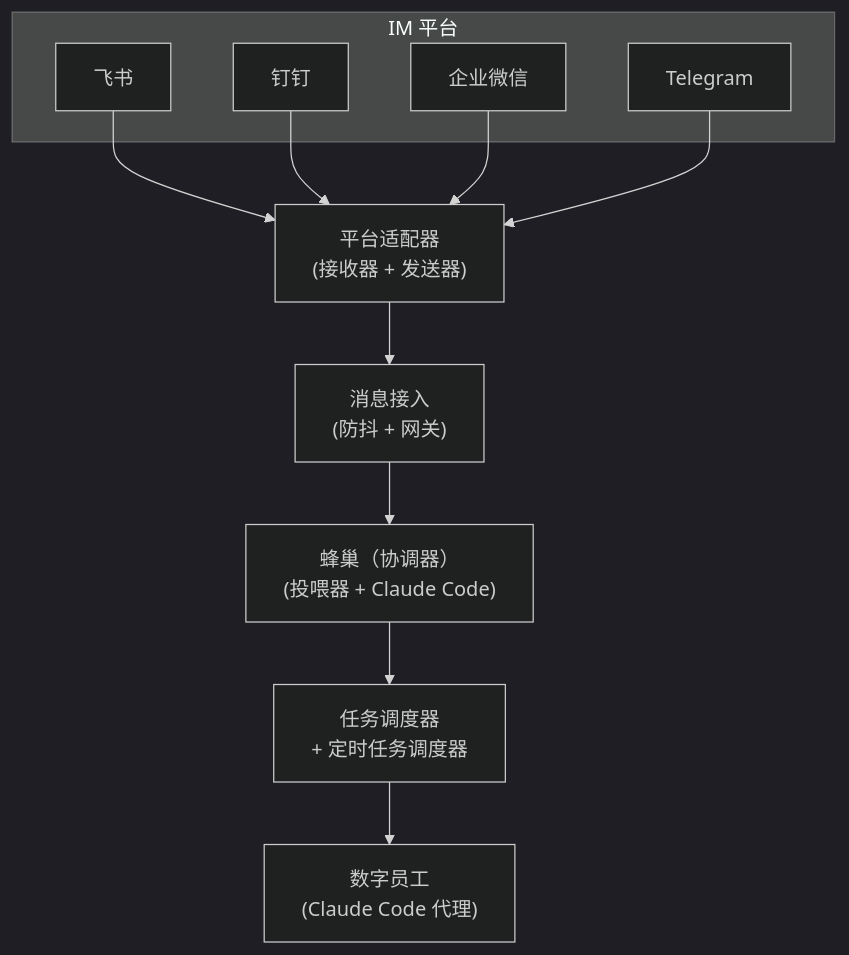
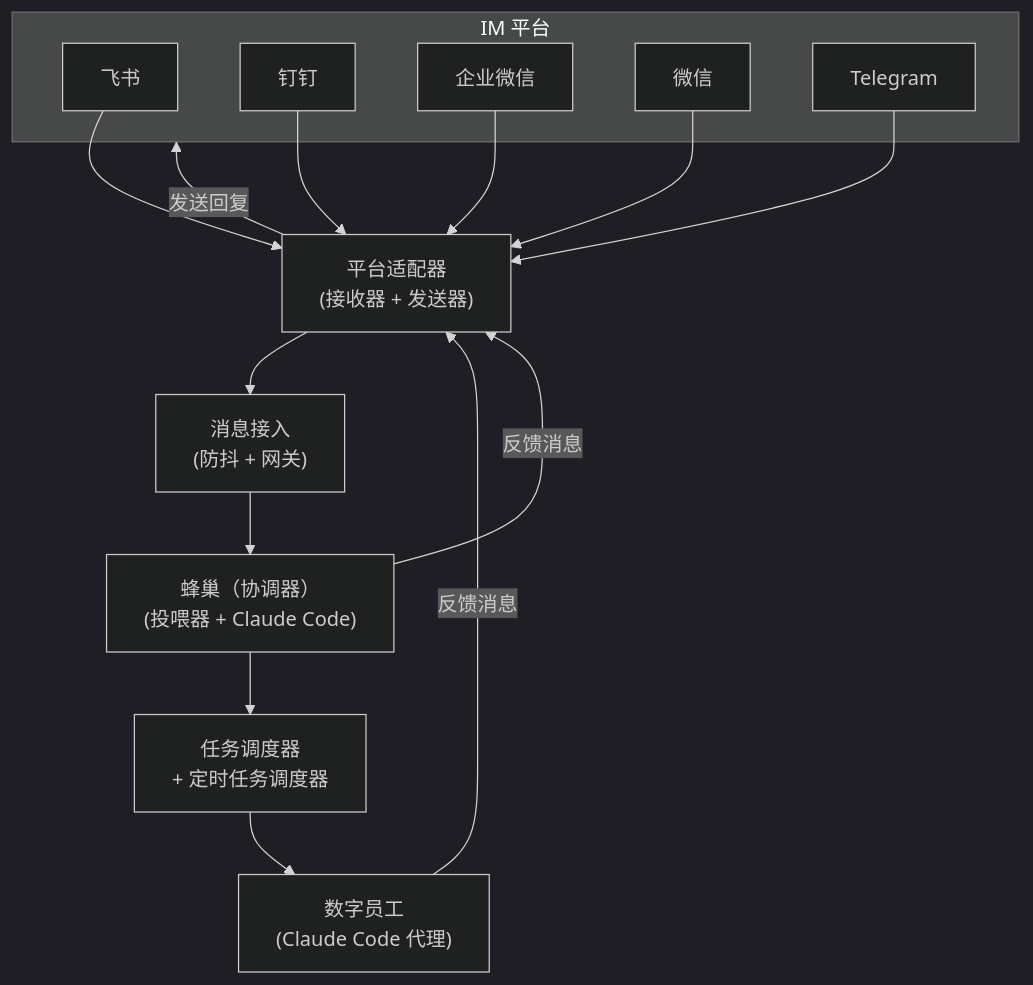
The diagram in content/docs/developer/architecture.cn.mdx (theopenbee/docs), drawn with Mermaid (dark theme) before and after one commit. The commit also changed 1 other file, not shown here.

Commit message:
docs: add WeChat platform and feedback message flows to architecture

````diff
--- a/content/docs/developer/architecture.cn.mdx
+++ b/content/docs/developer/architecture.cn.mdx
@@ -12,25 +12,29 @@
 ```mermaid
 graph TD
     subgraph IM["IM 平台"]
         Feishu["飞书"]
         DingTalk["钉钉"]
         WeCom["企业微信"]
+        WeChat["微信"]
         Telegram["Telegram"]
     end
 
-    Feishu & DingTalk & WeCom & Telegram --> Adapters
+    Feishu & DingTalk & WeCom & WeChat & Telegram --> Adapters
 
     Adapters["平台适配器\n(接收器 + 发送器)"]
     Adapters --> Ingestion
+    Adapters -->|发送回复| IM
 
     Ingestion["消息接入\n(防抖 + 网关)"]
     Ingestion --> Bee
 
     Bee["蜂巢（协调器）\n(投喂器 + Claude Code)"]
     Bee --> Dispatcher
+    Bee -->|反馈消息| Adapters
 
     Dispatcher["任务调度器\n+ 定时任务调度器"]
     Dispatcher --> Workers
 
     Workers["数字员工\n(Claude Code 代理)"]
+    Workers -->|反馈消息| Adapters
 ```
````
